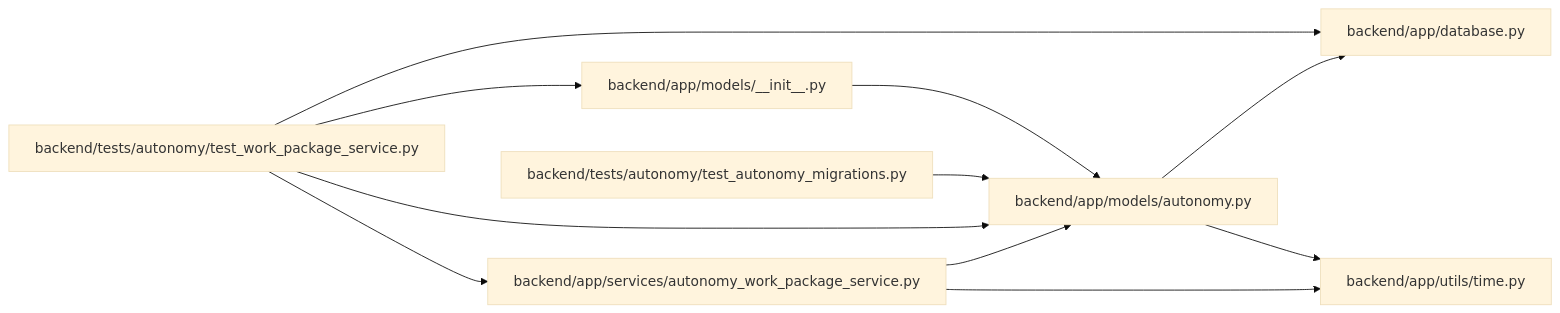
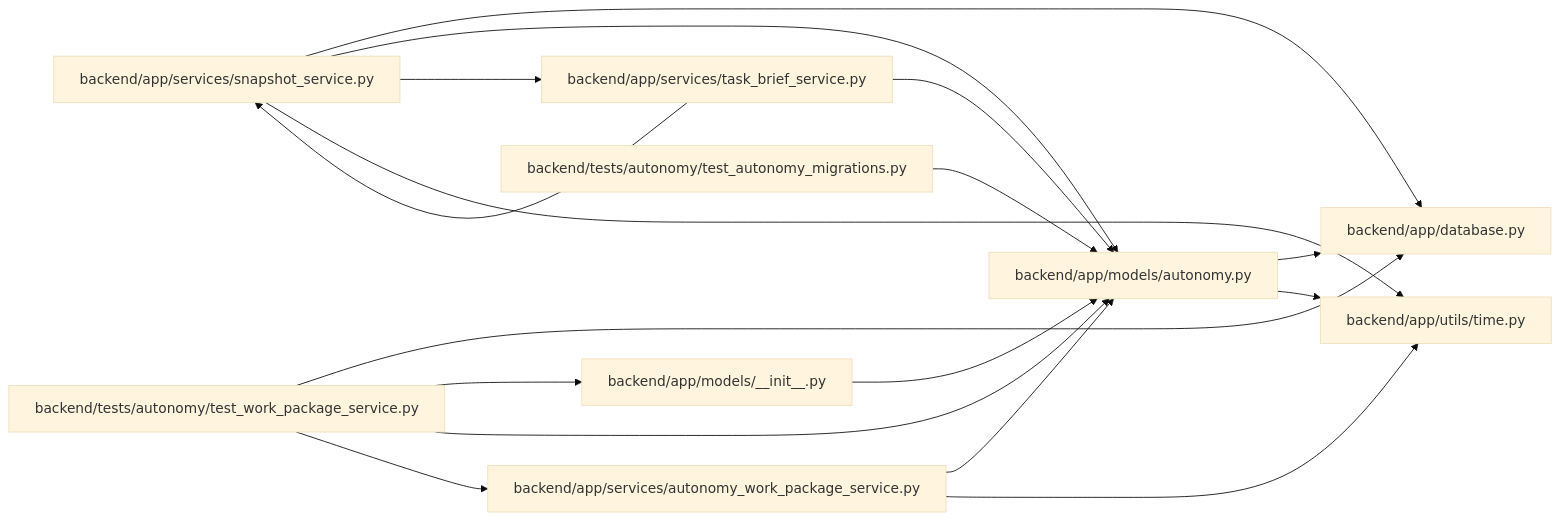
Before and after one commit to Denissvgn/WorkChord: the diagram in docs/llm_wiki/modules/models_autonomy.md, drawn with Mermaid (base theme). The commit also changed other lines of this file and 25171 other files, not shown here.

````diff
--- a/docs/llm_wiki/modules/models_autonomy.md
+++ b/docs/llm_wiki/modules/models_autonomy.md
@@ -24,27 +24,37 @@
 ```mermaid
 flowchart LR
     n0["backend/app/database.py"]
     n1["backend/app/models/__init__.py"]
     n2["backend/app/models/autonomy.py"]
     n3["backend/app/services/autonomy_work_package_service.py"]
-    n4["backend/app/utils/time.py"]
-    n5["backend/tests/autonomy/test_autonomy_migrations.py"]
-    n6["backend/tests/autonomy/test_work_package_service.py"]
+    n4["backend/app/services/snapshot_service.py"]
+    n5["backend/app/services/task_brief_service.py"]
+    n6["backend/app/utils/time.py"]
+    n7["backend/tests/autonomy/test_autonomy_migrations.py"]
+    n8["backend/tests/autonomy/test_work_package_service.py"]
     n1 --> n2
     n2 --> n0
-    n2 --> n4
+    n2 --> n6
     n3 --> n2
-    n3 --> n4
+    n3 --> n6
+    n4 --> n0
+    n4 --> n2
+    n4 --> n5
+    n4 --> n6
     n5 --> n2
-    n6 --> n0
-    n6 --> n1
-    n6 --> n2
-    n6 --> n3
+    n5 --> n4
+    n7 --> n2
+    n8 --> n0
+    n8 --> n1
+    n8 --> n2
+    n8 --> n3
     click n0 "../modules/app_database.md"
     click n1 "../modules/models___init__.md"
     click n2 "../modules/models_autonomy.md"
     click n3 "../modules/autonomy_work_package_service.md"
-    click n4 "../modules/time.md"
-    click n5 "../modules/test_autonomy_migrations.md"
-    click n6 "../modules/test_work_package_service.md"
+    click n4 "../modules/snapshot_service.md"
+    click n5 "../modules/task_brief_service.md"
+    click n6 "../modules/time.md"
+    click n7 "../modules/test_autonomy_migrations.md"
+    click n8 "../modules/test_work_package_service.md"
 ```
````
